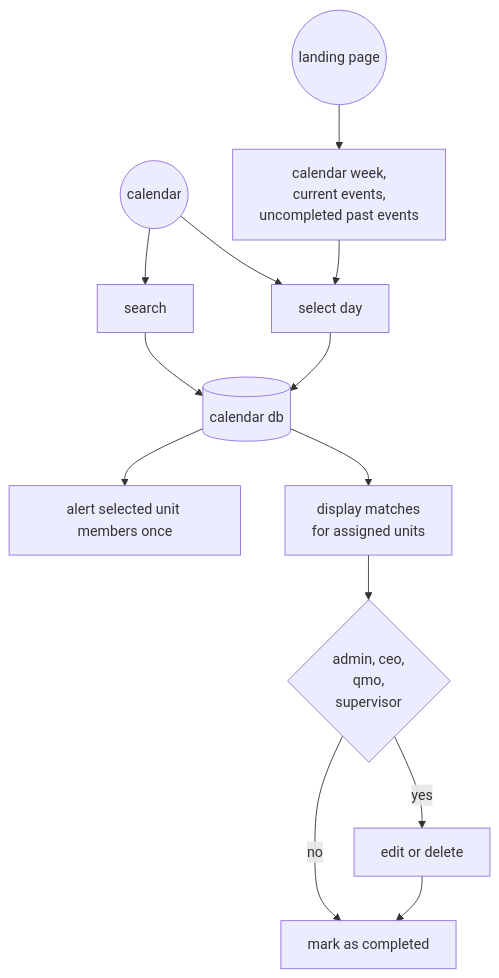
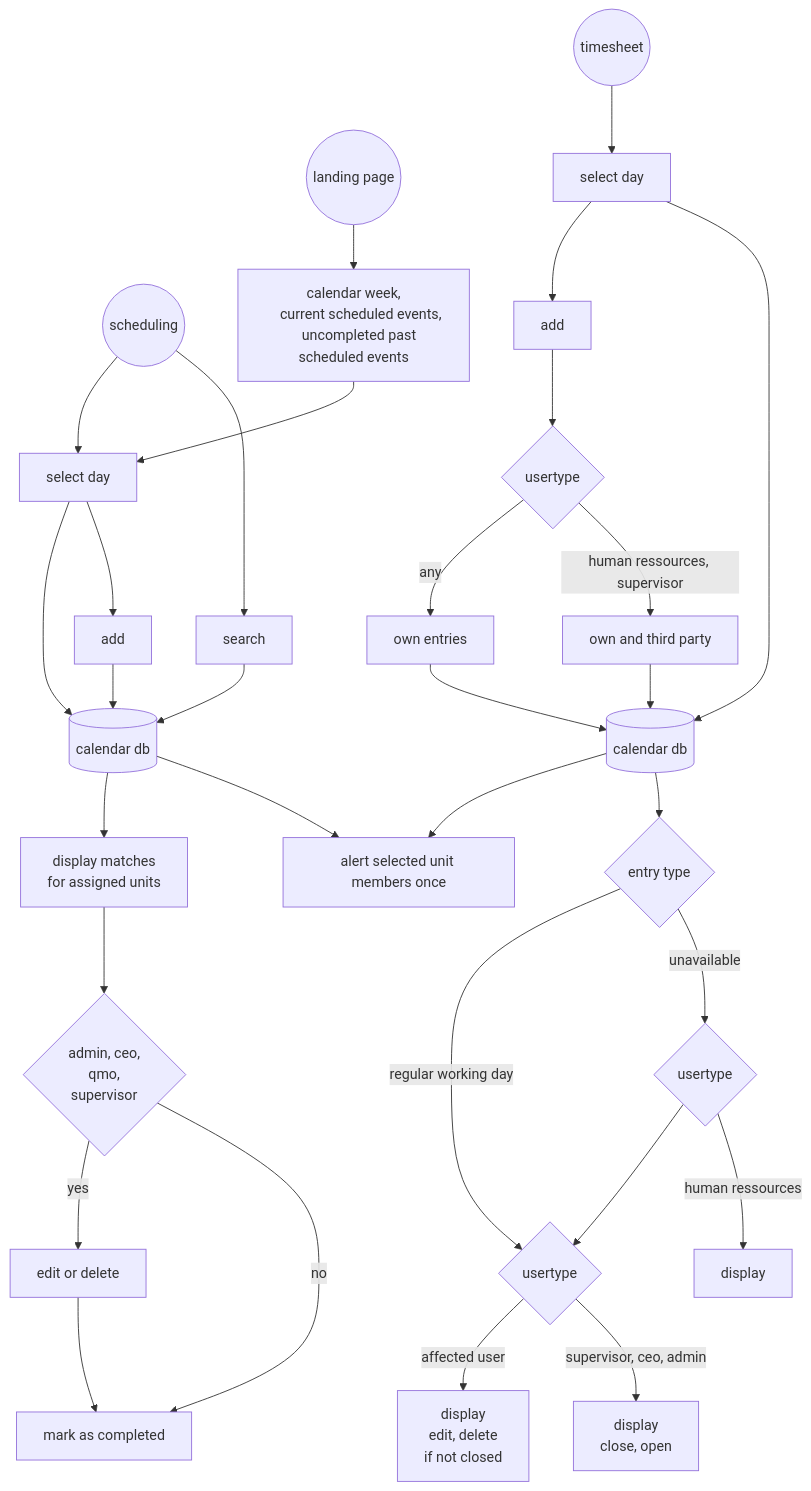
The fifth of 7 diagrams in readme.md (erroronline1/caro), drawn with Mermaid before and after one commit. The commit also changed other lines of this file, not shown here.

Commit message:
update on calendar, prepared timesheet as supposed to become

````diff
--- a/readme.md
+++ b/readme.md
@@ -485,21 +490,43 @@
 ```mermaid
 graph TD;
-    calendar((calendar))-->select_day[select day];
-    calendar-->search[search];
+    scheduling((scheduling))-->select_day[select day];
+    scheduling-->search[search];
     select_day-->database[(calendar db)];
+    select_day-->add[add];
+    add-->database;
     search-->database;
     database-->matches["display matches
     for assigned units"];
     matches-->permission{"admin, ceo,
     qmo,
     supervisor"};
     permission-->|yes|edit[edit or delete];
     permission-->|no|complete[mark as completed];
     edit-->complete;
     database-->alert["alert selected unit members once"]
 
     landing_page((landing page))-->summary["calendar week,
-    current events,
-    uncompleted past events"];
+    current scheduled events,
+    uncompleted past scheduled events"];
     summary-->select_day
+
+    timesheet((timesheet))-->select_day2[select day];
+    select_day2-->add2[add];
+    add2-->usertype{usertype};
+    usertype-->|any|own[own entries];
+    usertype-->|human ressources, supervisor|foreign[own and third party];
+    own-->database2;
+    foreign-->database2;
+    select_day2-->database2[(calendar db)];
+    database2-->alert;
+    database2-->entrytype{entry type};
+    entrytype-->|regular working day|usertype2{usertype};
+    usertype2-->|affected user|display_edit["display
+    edit, delete
+    if not closed"];
+    usertype2-->|supervisor, ceo, admin|display_close["display
+    close, open"];
+    entrytype-->|unavailable|usertype3{usertype};
+    usertype3-->usertype2;
+    usertype3-->|human ressources|display_only[display]
 ```
````
